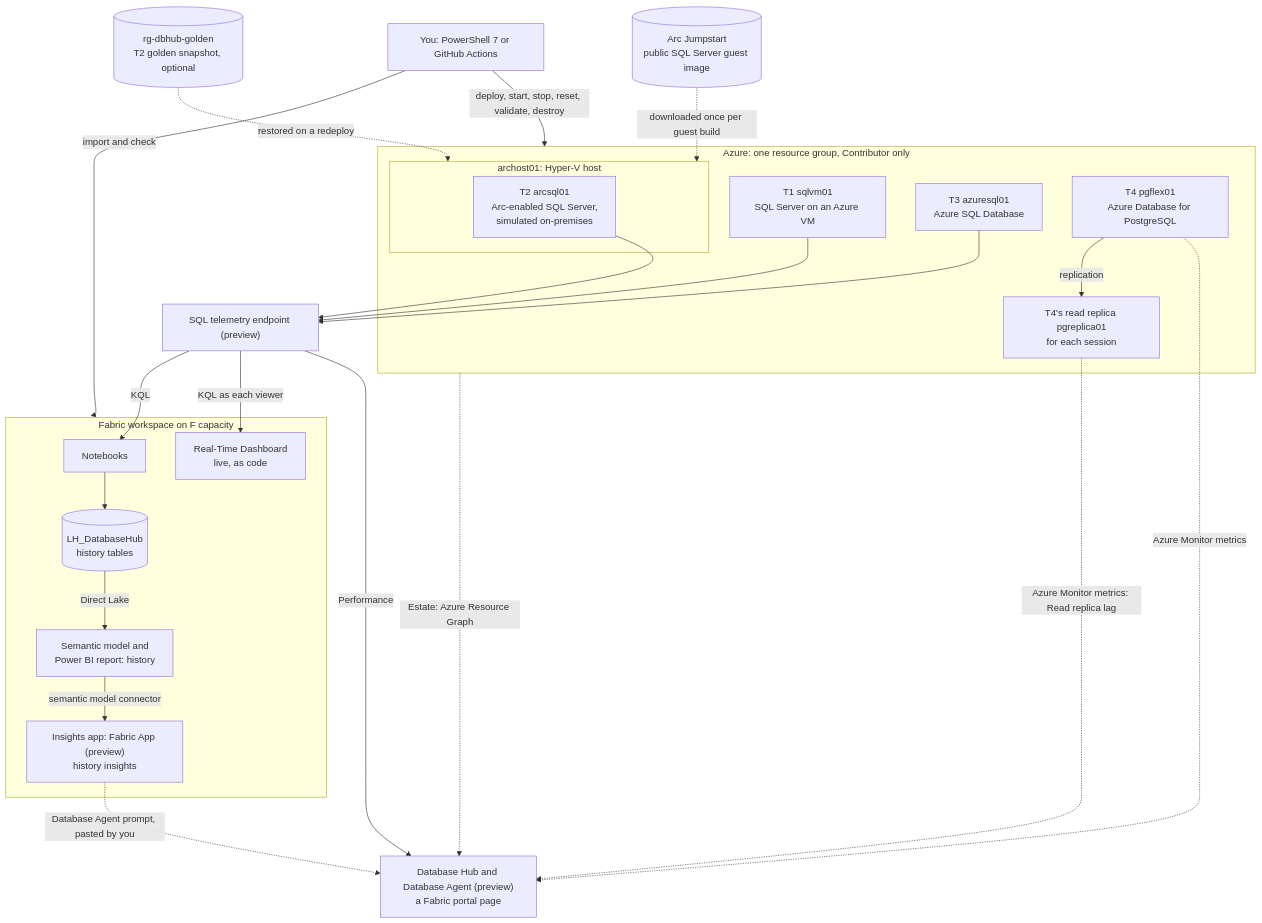
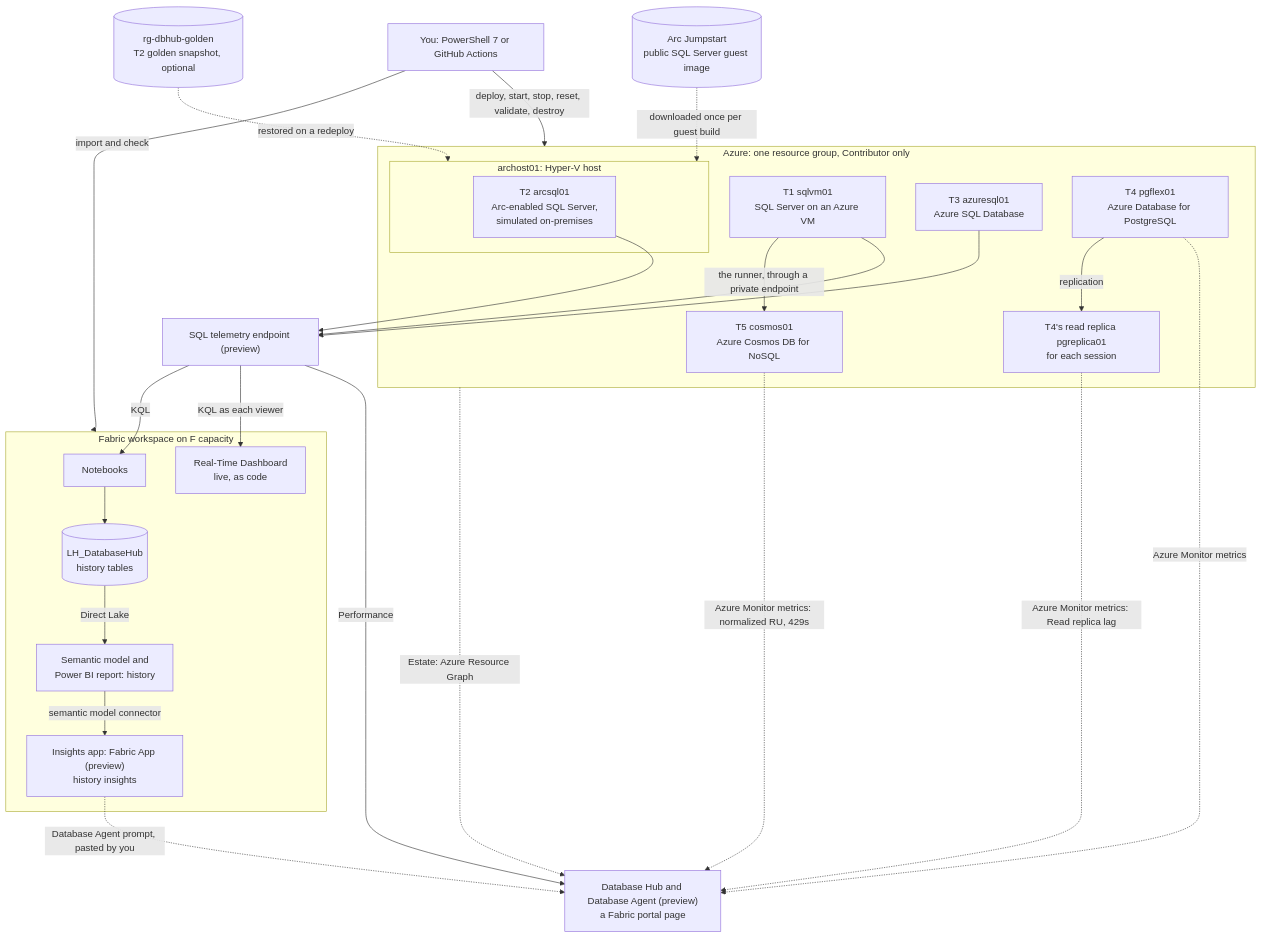
Before and after one commit to MarcBushong/fabric-database-hub-demo: the second of 5 diagrams in docs/architecture.md, drawn with Mermaid. The commit also changed other lines of this file and 132 other files, not shown here.

First line of the commit message:
T5: Azure Cosmos DB for NoSQL in every deployment (ADR 0027)

````diff
--- a/docs/architecture.md
+++ b/docs/architecture.md
@@ -103,42 +104,45 @@
 ```mermaid
 flowchart TB
   OP["You: PowerShell 7 or GitHub Actions"]
   subgraph RG["Azure: one resource group, Contributor only"]
     T1["T1 sqlvm01<br/>SQL Server on an Azure VM"]
     subgraph HOST["archost01: Hyper-V host"]
       T2["T2 arcsql01<br/>Arc-enabled SQL Server,<br/>simulated on-premises"]
     end
     T3["T3 azuresql01<br/>Azure SQL Database"]
     T4["T4 pgflex01<br/>Azure Database for PostgreSQL"]
     T4R["T4's read replica pgreplica01<br/>for each session"]
+    T5["T5 cosmos01<br/>Azure Cosmos DB for NoSQL"]
   end
   GOLD[("rg-dbhub-golden<br/>T2 golden snapshot, optional")]
   JS[("Arc Jumpstart<br/>public SQL Server guest image")]
   TEL["SQL telemetry endpoint (preview)"]
   HUB["Database Hub and Database Agent (preview)<br/>a Fabric portal page"]
   subgraph WS["Fabric workspace on F capacity"]
     NB["Notebooks"]
     LH[("LH_DatabaseHub<br/>history tables")]
     RTD["Real-Time Dashboard<br/>live, as code"]
     PBI["Semantic model and<br/>Power BI report: history"]
     APP["Insights app: Fabric App (preview)<br/>history insights"]
   end
   OP -- "deploy, start, stop, reset, validate, destroy" --> RG
   OP -- "import and check" --> WS
   JS -. "downloaded once per guest build" .-> HOST
   GOLD -. "restored on a redeploy" .-> HOST
   T1 --> TEL
   T2 --> TEL
   T3 --> TEL
   RG -. "Estate: Azure Resource Graph" .-> HUB
   TEL -- "Performance" --> HUB
   T4 -. "Azure Monitor metrics" .-> HUB
   T4 -- "replication" --> T4R
   T4R -. "Azure Monitor metrics: Read replica lag" .-> HUB
+  T5 -. "Azure Monitor metrics: normalized RU, 429s" .-> HUB
+  T1 -- "the runner, through a private endpoint" --> T5
   TEL -- "KQL as each viewer" --> RTD
   TEL -- "KQL" --> NB
   NB --> LH
   LH -- "Direct Lake" --> PBI
   PBI -- "semantic model connector" --> APP
   APP -. "Database Agent prompt, pasted by you" .-> HUB
 ```
````
